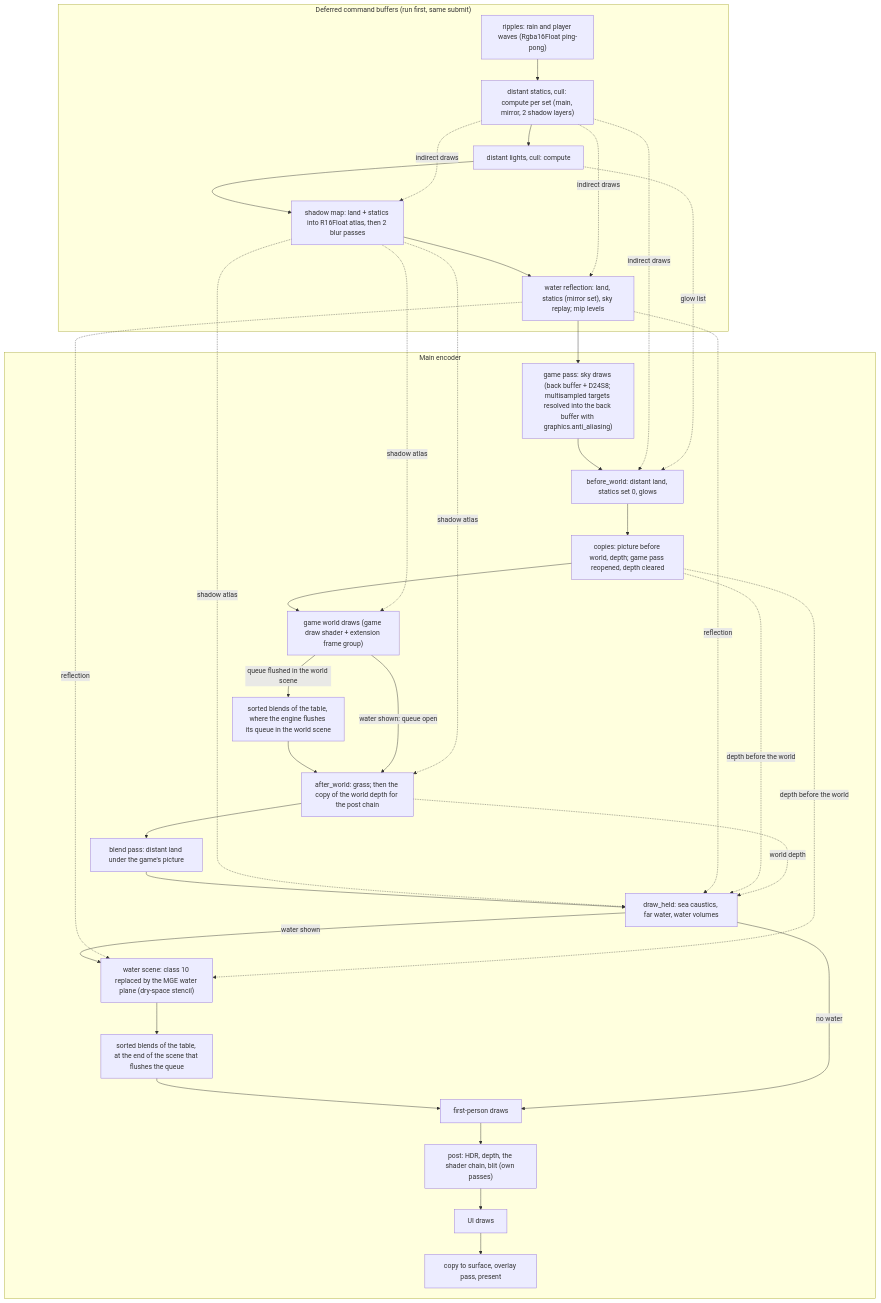
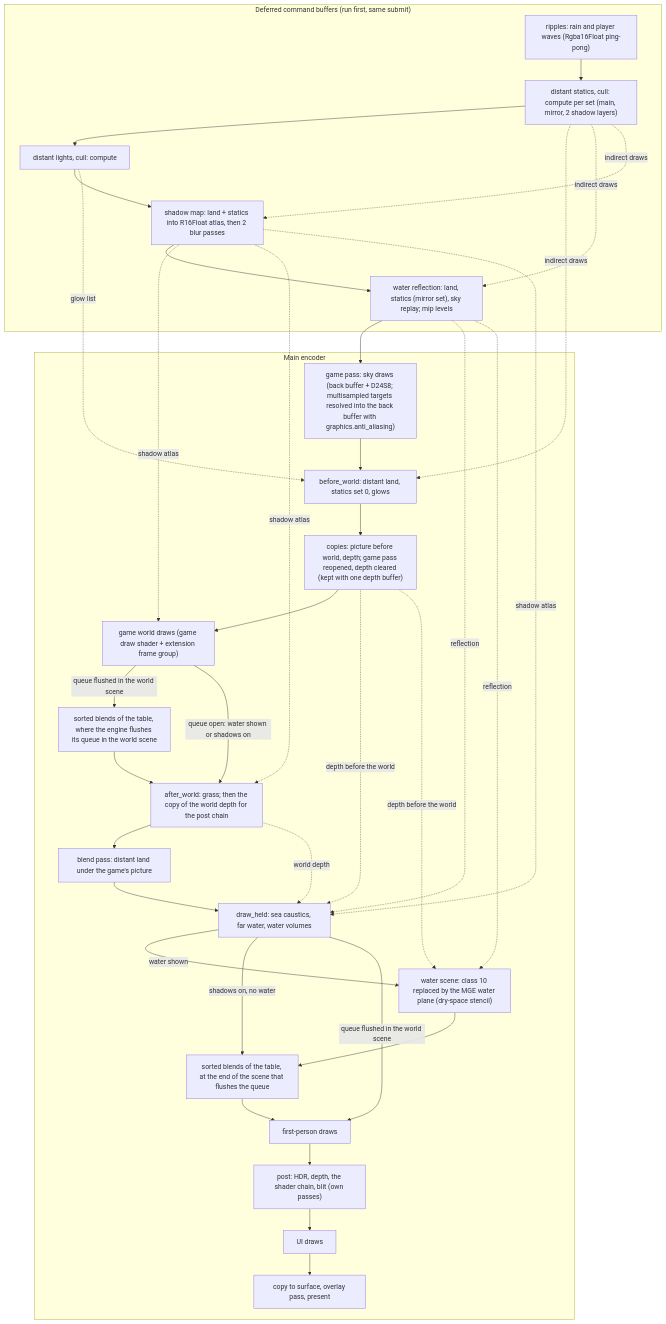
Before and after one commit to StormAtronach/MGE-XE-G7: the diagram in docs/architecture/wgpu-renderer.md, drawn with Mermaid. The commit also changed other lines of this file, not shown here.

Commit message:
wgpu-renderer.md 3.2: the queue is open with water or shadows (W388, verdict 258)
- The queue of the engine stays open with the water shown or the
  shadow manager on (nirender host/src/engine/plan.rs:241-242). The
  edge P3 to P5 now says so, and a new edge P7 to P9 ("shadows on, no
  water") keeps the sorted blends of such a frame. The edge P7 to P10
  is the frame whose queue is flushed in the world scene.
- P2: the depth clear has its condition. The game pass reopens with a
  clear of the depth unless there is one depth buffer (nirender
  host/src/player/items.rs:641-642).

````diff
--- a/docs/architecture/wgpu-renderer.md
+++ b/docs/architecture/wgpu-renderer.md
@@ -153,46 +153,47 @@
 ```mermaid
 flowchart TD
     subgraph deferred["Deferred command buffers (run first, same submit)"]
         R["ripples: rain and player waves (Rgba16Float ping-pong)"]
         C["distant statics, cull: compute per set (main, mirror, 2 shadow layers)"]
         L["distant lights, cull: compute"]
         S["shadow map: land + statics into R16Float atlas, then 2 blur passes"]
         W["water reflection: land, statics (mirror set), sky replay; mip levels"]
     end
     subgraph main["Main encoder"]
         P0["game pass: sky draws (back buffer + D24S8; multisampled targets resolved into the back buffer with graphics.anti_aliasing)"]
         P1["before_world: distant land, statics set 0, glows"]
-        P2["copies: picture before world, depth; game pass reopened, depth cleared"]
+        P2["copies: picture before world, depth; game pass reopened, depth cleared (kept with one depth buffer)"]
         P3["game world draws (game draw shader + extension frame group)"]
         P4["sorted blends of the table, where the engine flushes its queue in the world scene"]
         P5["after_world: grass; then the copy of the world depth for the post chain"]
         P6["blend pass: distant land under the game's picture"]
         P7["draw_held: sea caustics, far water, water volumes"]
         P8["water scene: class 10 replaced by the MGE water plane (dry-space stencil)"]
         P9["sorted blends of the table, at the end of the scene that flushes the queue"]
         P10["first-person draws"]
         P11["post: HDR, depth, the shader chain, blit (own passes)"]
         P12["UI draws"]
         P13["copy to surface, overlay pass, present"]
     end
     R --> C --> L --> S --> W --> P0
     P0 --> P1 --> P2 --> P3
     P3 -- "queue flushed in the world scene" --> P4 --> P5
-    P3 -- "water shown: queue open" --> P5
+    P3 -- "queue open: water shown or shadows on" --> P5
     P5 --> P6 --> P7
     P7 -- "water shown" --> P8 --> P9 --> P10
-    P7 -- "no water" --> P10
+    P7 -- "shadows on, no water" --> P9
+    P7 -- "queue flushed in the world scene" --> P10
     P10 --> P11 --> P12 --> P13
     S -. shadow atlas .-> P3
     S -. shadow atlas .-> P5
     S -. shadow atlas .-> P7
     W -. reflection .-> P7
     W -. reflection .-> P8
     C -. indirect draws .-> P1
     C -. indirect draws .-> W
     C -. indirect draws .-> S
     L -. glow list .-> P1
     P2 -. depth before the world .-> P7
     P2 -. depth before the world .-> P8
     P5 -. world depth .-> P7
 ```
````
